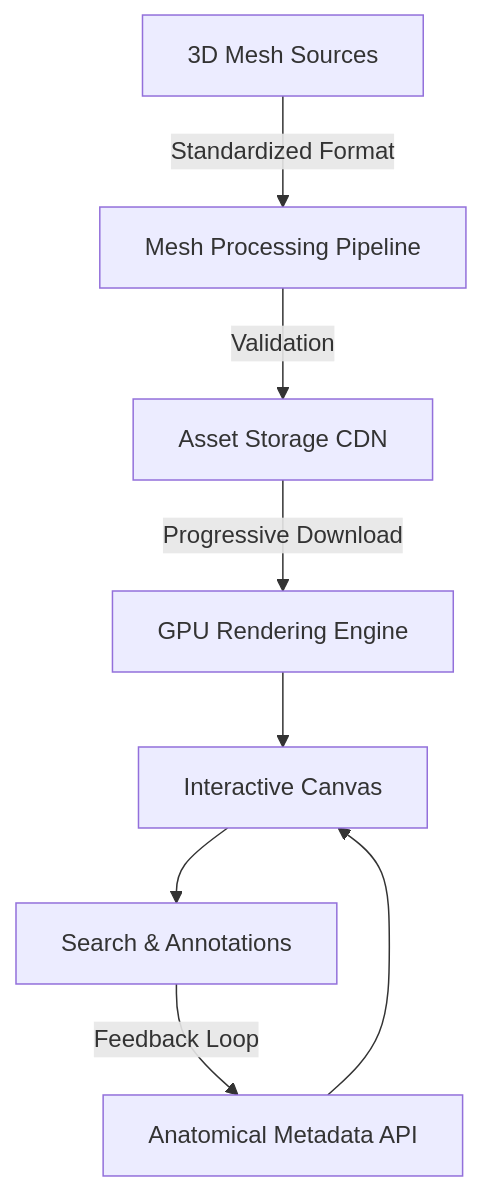
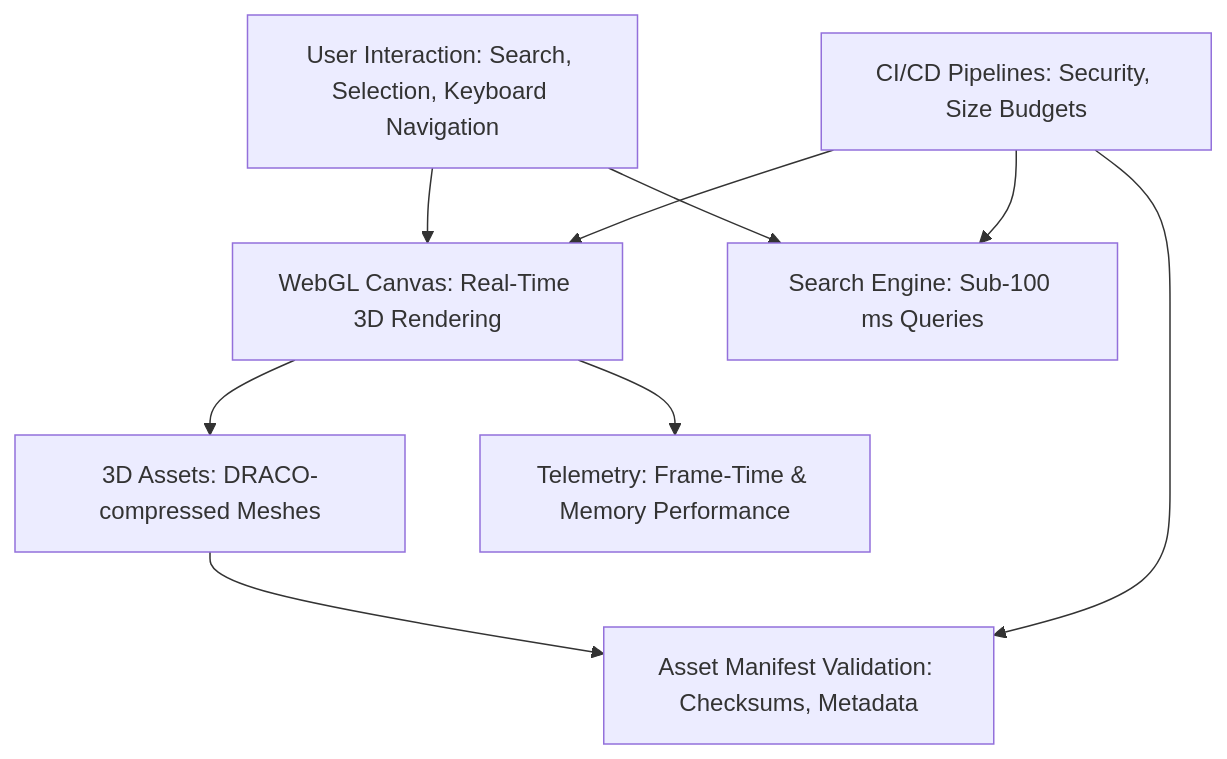
One commit to EF361/human-atlas changed the diagram in README.md. Above: the diagram before and after it, drawn with Mermaid. The commit also changed other lines of this file, not shown here.

````diff
--- a/README.md
+++ b/README.md
@@ -30,10 +33,19 @@
 ```mermaid
-flowchart TD
-    A[3D Mesh Sources] -->|Standardized Format| B[Mesh Processing Pipeline]
-    B -->|Validation| C[Asset Storage CDN]
-    C -->|Progressive Download| D[GPU Rendering Engine]
-    D --> F[Interactive Canvas]
-    E[Anatomical Metadata API] --> F
-    F --> G[Search & Annotations]
-    G -->|Feedback Loop| E
+graph TD;
+    User[User Interaction: Search, Selection, Keyboard Navigation]
+    Canvas[WebGL Canvas: Real-Time 3D Rendering]
+    Assets[3D Assets: DRACO-compressed Meshes]
+    Validation[Asset Manifest Validation: Checksums, Metadata]
+    Search[Search Engine: Sub-100 ms Queries]
+    Telemetry[Telemetry: Frame-Time & Memory Performance]
+    CI[CI/CD Pipelines: Security, Size Budgets]
+
+    User --> Canvas
+    User --> Search
+    Canvas --> Assets
+    Assets --> Validation
+    Canvas --> Telemetry
+    CI --> Validation
+    CI --> Canvas
+    CI --> Search
 ```
````
